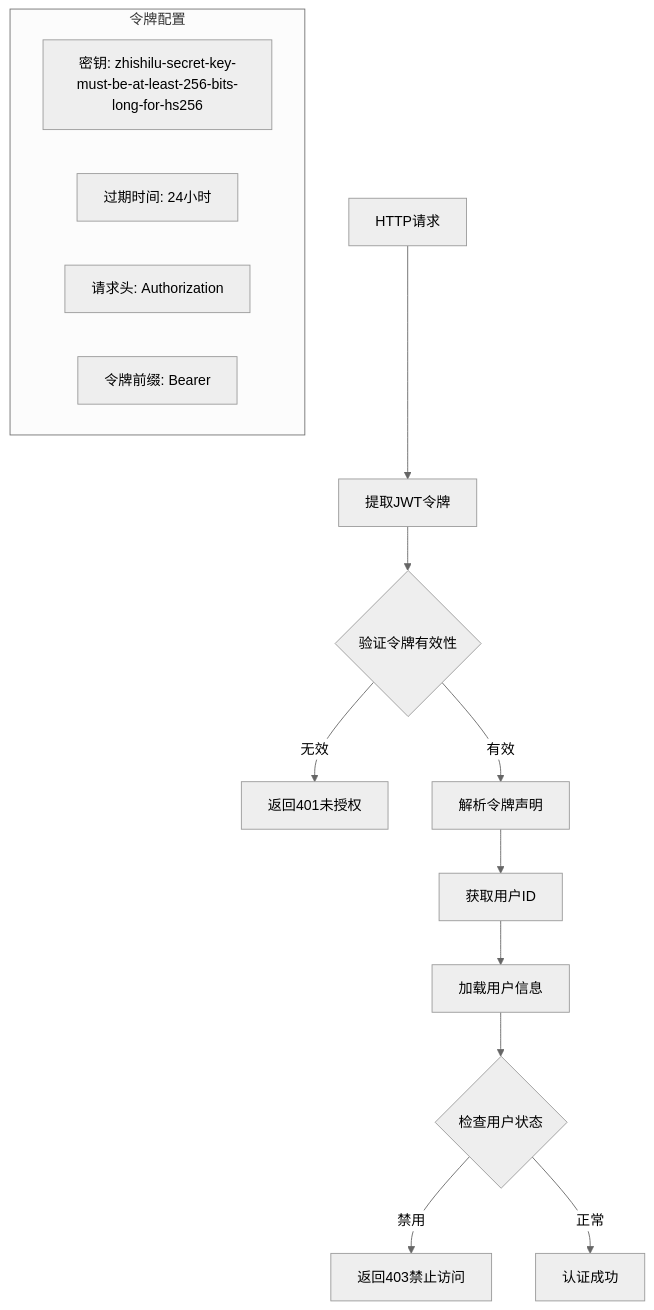
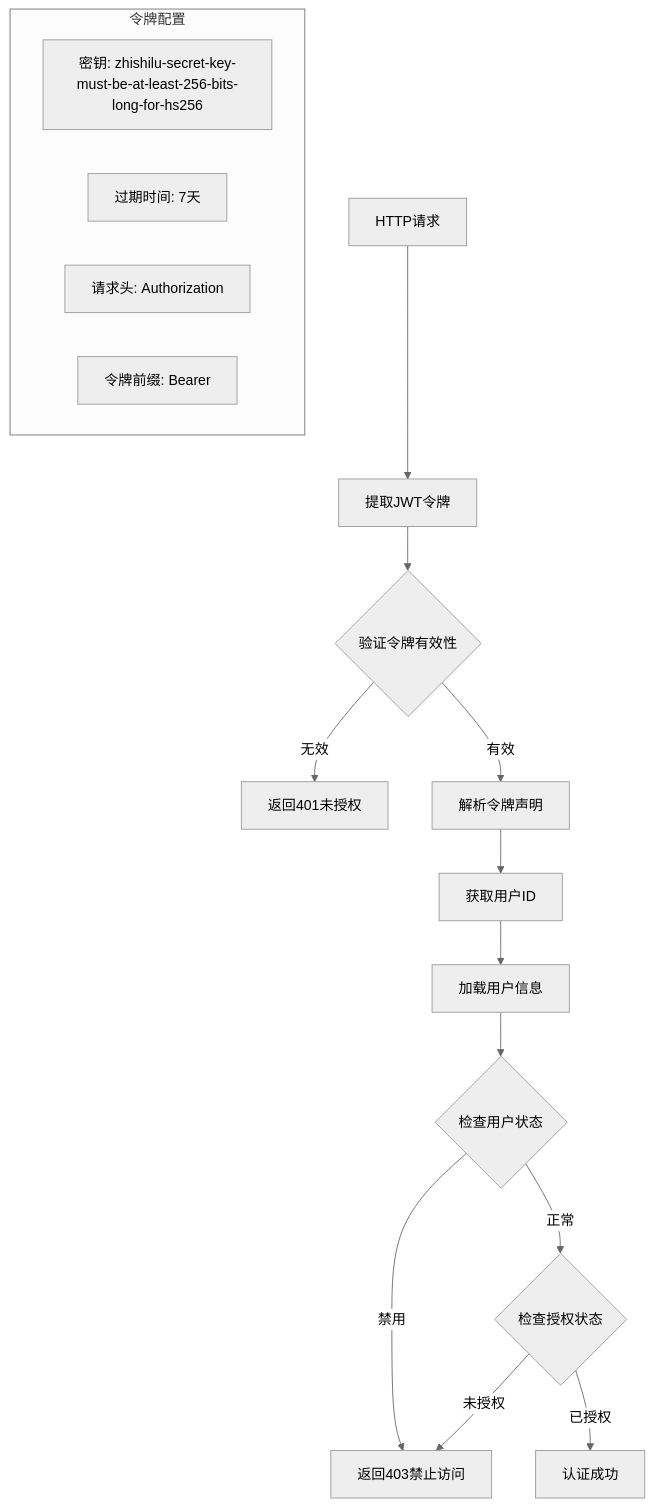
The ninth of 19 diagrams in .qoder/repowiki/zh/content/用户管理系统/用户管理系统.md (20164206160/zhishilu), drawn with Mermaid (neutral theme) before and after one commit. The commit also changed other lines of this file and 11 other files, not shown here.

````diff
--- a/.qoder/repowiki/zh/content/用户管理系统/用户管理系统.md
+++ b/.qoder/repowiki/zh/content/用户管理系统/用户管理系统.md
@@ -434,18 +662,20 @@
 ```mermaid
 flowchart TD
 Request[HTTP请求] --> ExtractToken[提取JWT令牌]
 ExtractToken --> ValidateToken{验证令牌有效性}
 ValidateToken --> |无效| Return401[返回401未授权]
 ValidateToken --> |有效| ParseClaims[解析令牌声明]
 ParseClaims --> GetUserId[获取用户ID]
 GetUserId --> LoadUser[加载用户信息]
 LoadUser --> CheckStatus{检查用户状态}
 CheckStatus --> |禁用| Return403[返回403禁止访问]
-CheckStatus --> |正常| Success[认证成功]
+CheckStatus --> |正常| CheckAuthorized{检查授权状态}
+CheckAuthorized --> |未授权| Return403[返回403禁止访问]
+CheckAuthorized --> |已授权| Success[认证成功]
 subgraph "令牌配置"
 Secret[密钥: zhishilu-secret-key-must-be-at-least-256-bits-long-for-hs256]
-Expiration[过期时间: 24小时]
+Expiration[过期时间: 7天]
 Header[请求头: Authorization]
 Prefix[令牌前缀: Bearer ]
 end
 ```
````
